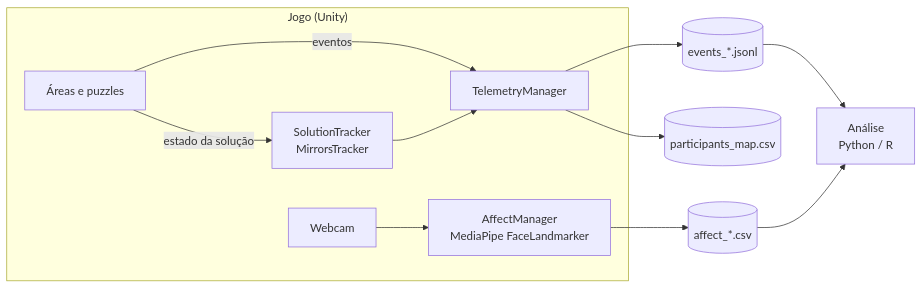
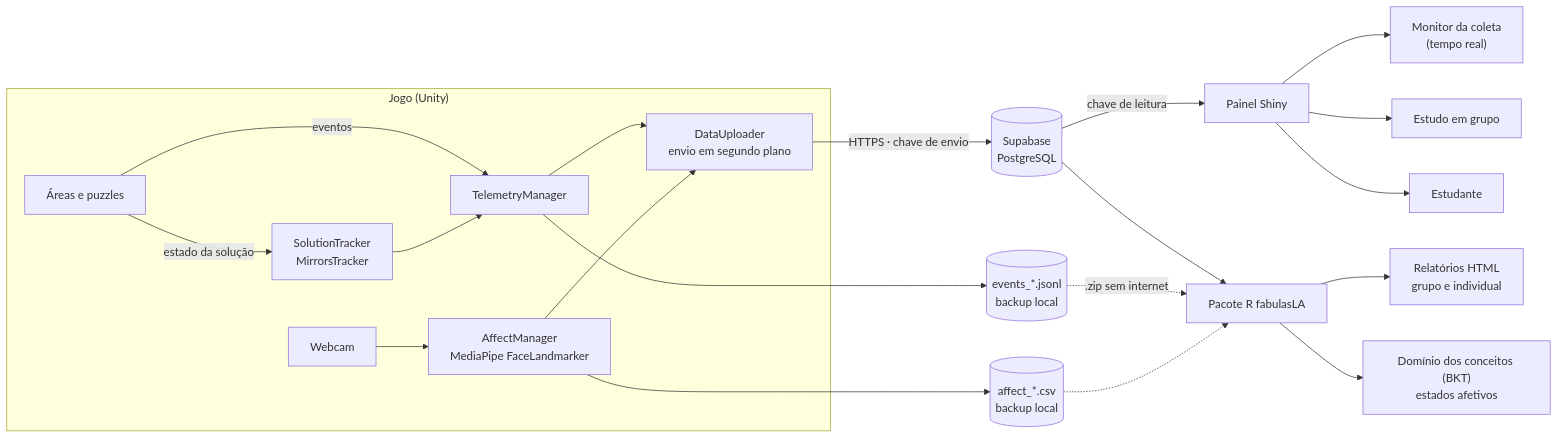
One commit to rodrigolinsrodrigues/fabulas-computacionais changed the diagram in README.md. Above: the diagram before and after it, drawn with Mermaid. The commit also changed other lines of this file and 46 other files, not shown here.

````diff
--- a/README.md
+++ b/README.md
@@ -79,14 +81,23 @@
 ```mermaid
 flowchart LR
     subgraph Jogo["Jogo (Unity)"]
         P["Áreas e puzzles"] -->|eventos| T["TelemetryManager"]
         P -->|"estado da solução"| S["SolutionTracker<br/>MirrorsTracker"]
         S --> T
         W["Webcam"] --> A["AffectManager<br/>MediaPipe FaceLandmarker"]
+        T --> U["DataUploader<br/>envio em segundo plano"]
+        A --> U
     end
-    T --> E[("events_*.jsonl")]
-    T --> M[("participants_map.csv")]
-    A --> F[("affect_*.csv")]
-    E --> R["Análise<br/>Python / R"]
-    F --> R
+    T --> E[("events_*.jsonl<br/>backup local")]
+    A --> F[("affect_*.csv<br/>backup local")]
+    U -->|"HTTPS · chave de envio"| DB[("Supabase<br/>PostgreSQL")]
+    DB -->|"chave de leitura"| D["Painel Shiny"]
+    D --> D1["Monitor da coleta<br/>(tempo real)"]
+    D --> D2["Estudo em grupo"]
+    D --> D3["Estudante"]
+    DB --> R["Pacote R fabulasLA"]
+    E -. ".zip sem internet" .-> R
+    F -.-> R
+    R --> R1["Relatórios HTML<br/>grupo e individual"]
+    R --> R2["Domínio dos conceitos (BKT)<br/>estados afetivos"]
 ```
````
